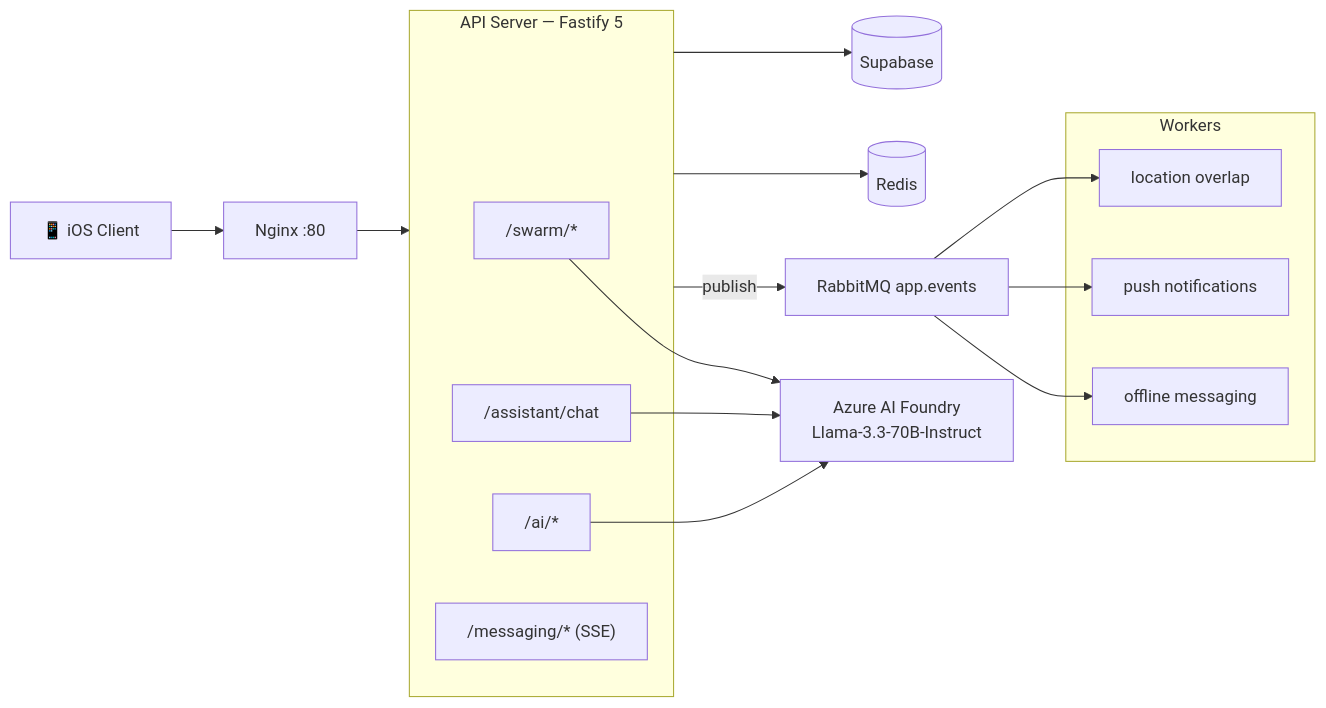
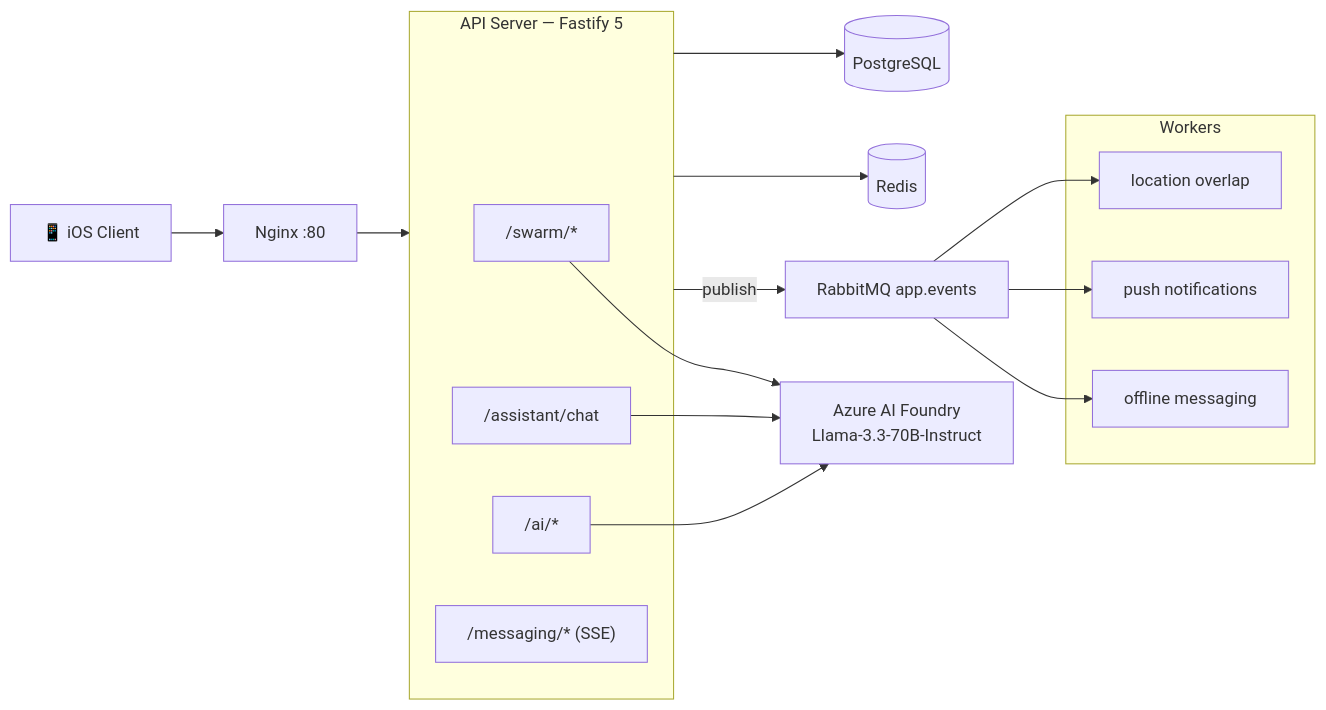
One commit to akashpradhan439/main-logic changed the second of 2 diagrams in README.md. Above: the diagram before and after it, drawn with Mermaid. The commit also changed other lines of this file and 60 other files, not shown here.

````diff
--- a/README.md
+++ b/README.md
@@ -49,24 +47,24 @@
 ```mermaid
 flowchart LR
     iOS["📱 iOS Client"] --> NGINX[Nginx :80]
     NGINX --> API
 
     subgraph API["API Server — Fastify 5"]
         R_SWARM["/swarm/*"]
         R_AST["/assistant/chat"]
         R_AI["/ai/*"]
         R_MSG["/messaging/* (SSE)"]
     end
 
     subgraph WORKERS["Workers"]
         WL["location overlap"]
         WP["push notifications"]
         WM["offline messaging"]
     end
 
-    API --> DB[(Supabase)]
+    API --> DB[(PostgreSQL)]
     API --> REDIS[(Redis)]
     API -->|publish| MQ[RabbitMQ app.events]
     MQ --> WL & WP & WM
     R_SWARM & R_AST & R_AI --> AZURE["Azure AI Foundry<br/>Llama-3.3-70B-Instruct"]
 ```
````
